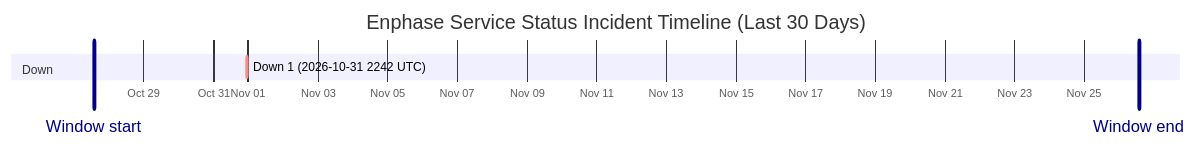
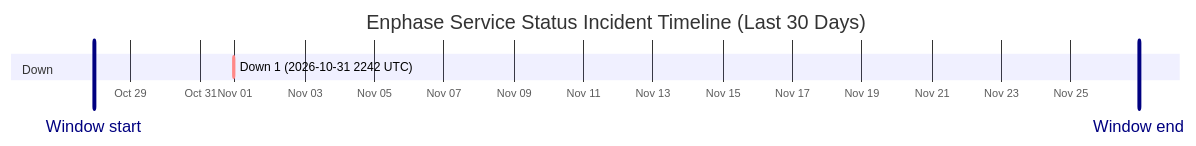
One commit to barneyonline/ha-enphase-energy changed the diagram in wiki/Service-Status-History.md. Above: the diagram before and after it, drawn with Mermaid. The commit also changed other lines of this file and 3 other files, not shown here.

````diff
--- a/wiki/Service-Status-History.md
+++ b/wiki/Service-Status-History.md
@@ -14,10 +14,10 @@
 ```mermaid
 gantt
     title Enphase Service Status Incident Timeline (Last 30 Days)
     dateFormat  YYYY-MM-DDTHH:mm:ss
     axisFormat  %b %d
-    Window start :vert, window-start, 2026-10-27T13:39:06, 0ms
-    Window end :vert, window-end, 2026-11-26T13:39:06, 0ms
+    Window start :vert, window-start, 2026-10-27T22:48:32, 0ms
+    Window end :vert, window-end, 2026-11-26T22:48:32, 0ms
     section Down
     Down 1 (2026-10-31 2242 UTC) :crit, down-1, 2026-10-31T22:42:18, 60m
 ```
````
